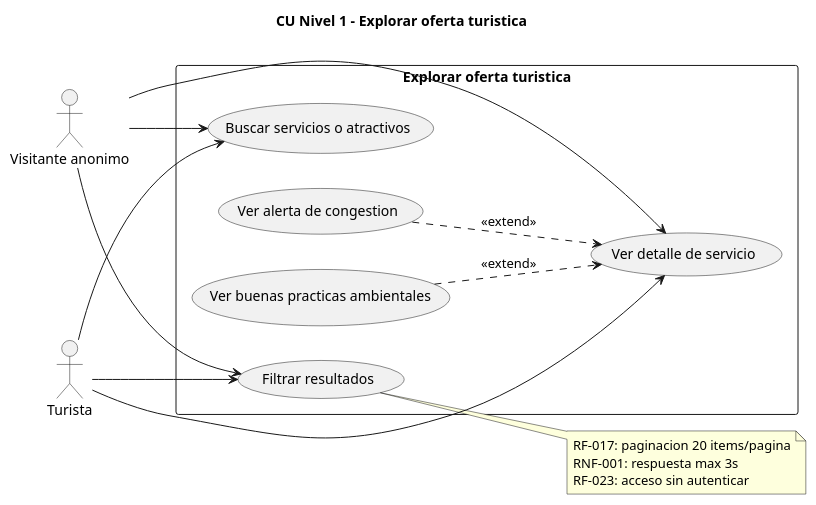
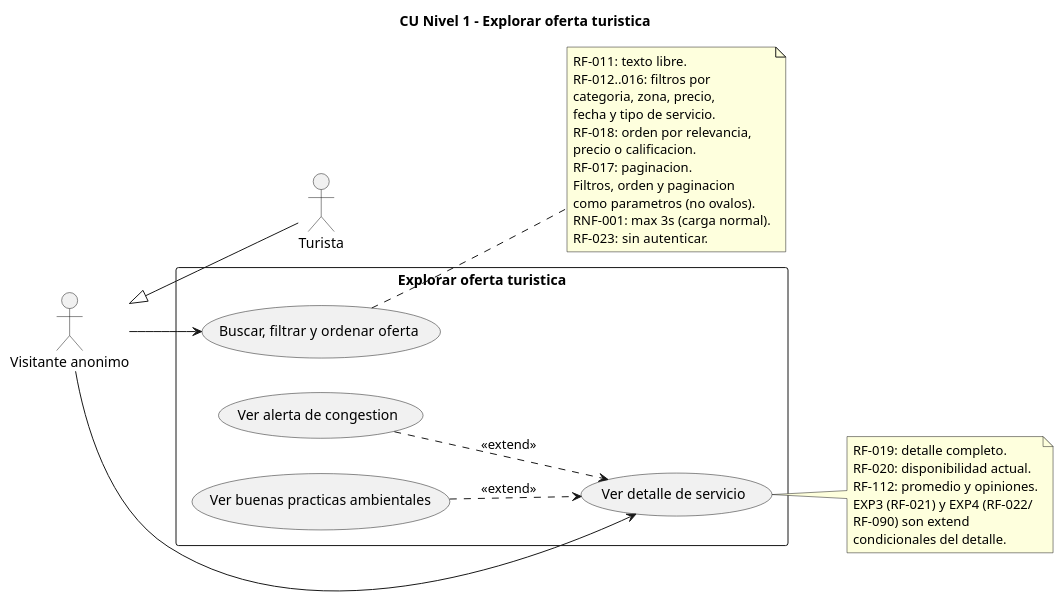
One commit to sebastianCavadia/turismo-santa-marta changed the diagram in docs/02_requisitos/puml/cu-n1-explorar.puml. Above: the diagram before and after it, drawn with PlantUML. The commit also changed 33 other files, not shown here.

Commit message:
Parcial v0.1: SRS v1.1 115RF+45RNF+9RI, 12 puml Smetana, ADRs RUP-PG-REST-Wompi, fix EXP filtrar como parametro

```diff
--- a/docs/02_requisitos/puml/cu-n1-explorar.puml
+++ b/docs/02_requisitos/puml/cu-n1-explorar.puml
@@ -1,32 +1,50 @@
 @startuml CU-N1-Explorar
-' Nivel 1 - Expande: Explorar oferta turistica
+' Nivel 1 - Expande: Explorar oferta turistica (CU_E)
+' Trazabilidad: RF-011..023, RNF-001. VIS anonimo por RF-023.
 title CU Nivel 1 - Explorar oferta turistica
 left to right direction
 
+actor "Visitante anonimo" as VIS
 actor "Turista" as TUR
-actor "Visitante anonimo" as VIS
 
 rectangle "Explorar oferta turistica" {
-  usecase "Buscar servicios o atractivos" as B1
-  usecase "Filtrar resultados" as B2
-  usecase "Ver detalle de servicio" as B3
-  usecase "Ver alerta de congestion" as B4
-  usecase "Ver buenas practicas ambientales" as B5
+  usecase "Buscar, filtrar y ordenar oferta" as EXP1
+  usecase "Ver detalle de servicio" as EXP2
+  usecase "Ver alerta de congestion" as EXP3
+  usecase "Ver buenas practicas ambientales" as EXP4
 }
 
-VIS --> B1
-VIS --> B2
-VIS --> B3
-TUR --> B1
-TUR --> B2
-TUR --> B3
+' TUR hereda todo lo de VIS (anonimo -> autenticado).
+' Por eso solo VIS se asocia a EXP1/2.
+' Filtros, orden y paginacion son parametros/flujos de EXP1 (no CU independiente), igual que IND4.
+VIS <|-- TUR
 
-B4 ..> B3 : <<extend>>
-B5 ..> B3 : <<extend>>
+VIS --> EXP1
+VIS --> EXP2
 
-note right of B2
-  RF-017: paginacion 20 items/pagina
-  RNF-001: respuesta max 3s
-  RF-023: acceso sin autenticar
+EXP3 ..> EXP2 : <<extend>>
+EXP4 ..> EXP2 : <<extend>>
+
+note right of EXP1
+  RF-011: texto libre.
+  RF-012..016: filtros por
+  categoria, zona, precio,
+  fecha y tipo de servicio.
+  RF-018: orden por relevancia,
+  precio o calificacion.
+  RF-017: paginacion.
+  Filtros, orden y paginacion
+  como parametros (no ovalos).
+  RNF-001: max 3s (carga normal).
+  RF-023: sin autenticar.
+end note
+
+note right of EXP2
+  RF-019: detalle completo.
+  RF-020: disponibilidad actual.
+  RF-112: promedio y opiniones.
+  EXP3 (RF-021) y EXP4 (RF-022/
+  RF-090) son extend
+  condicionales del detalle.
 end note
 @enduml
```
